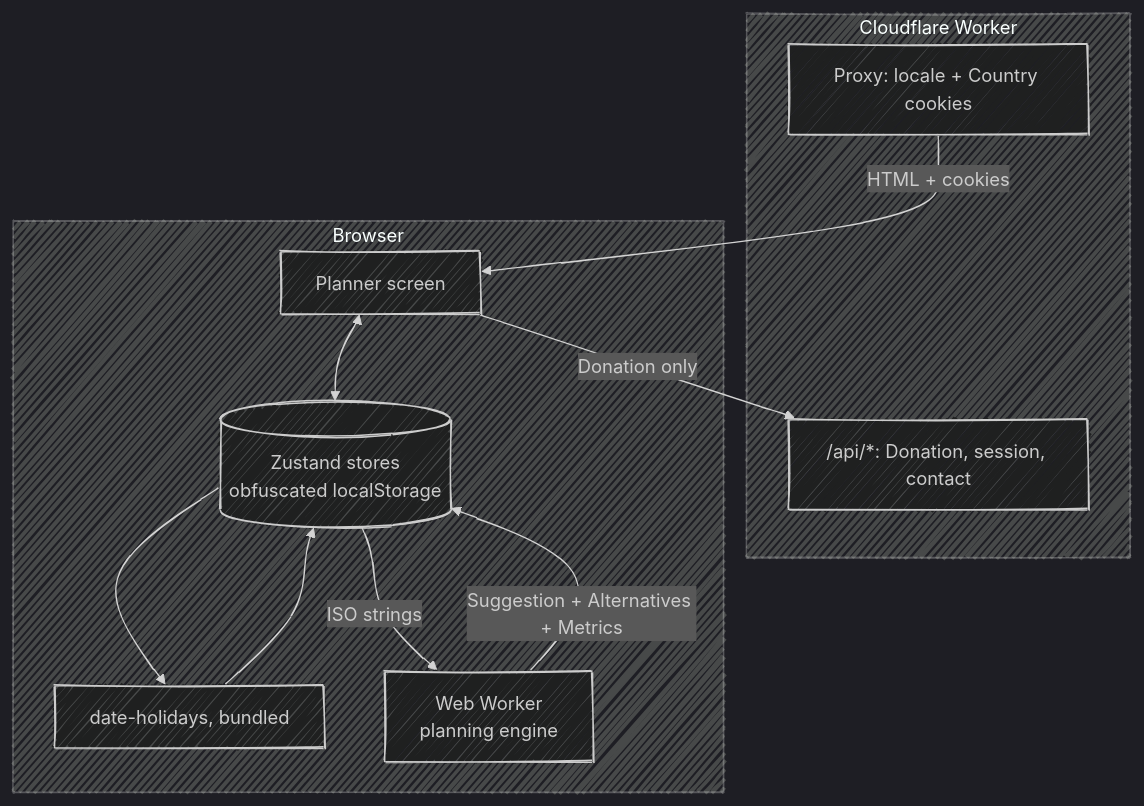
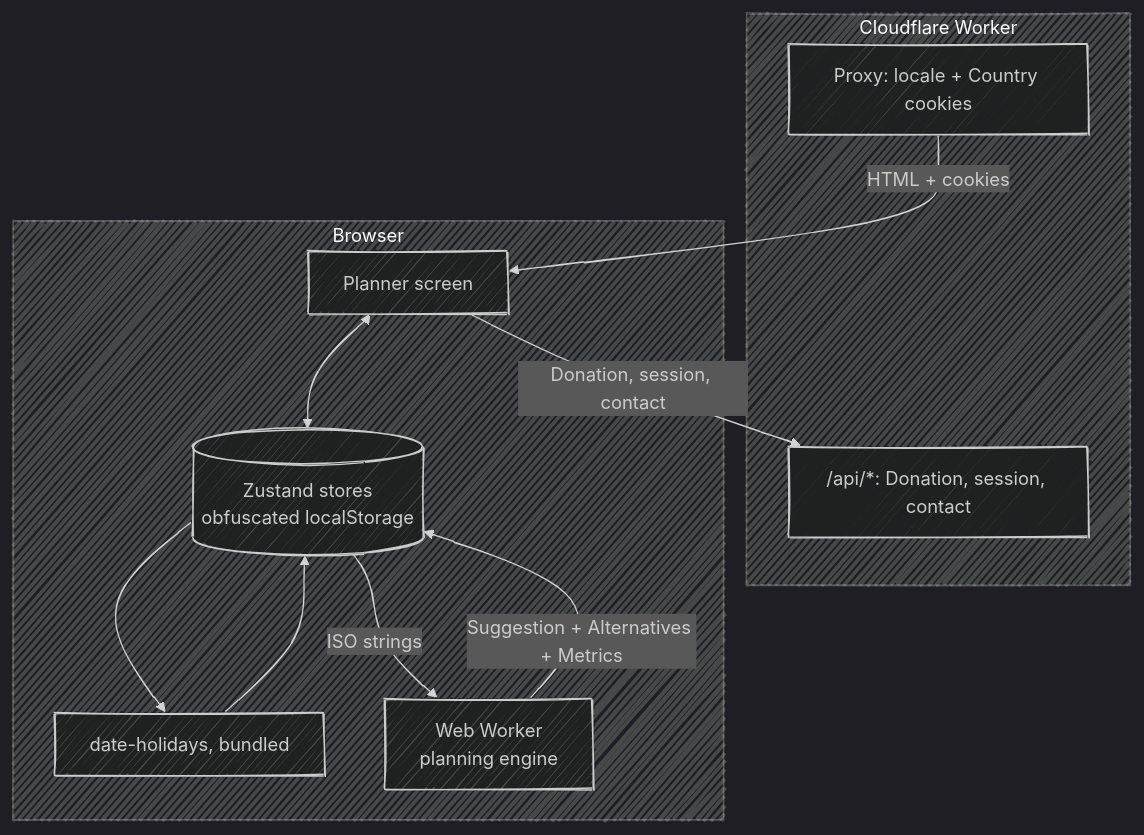
One commit to fbuireu/forever-pto changed the diagram in apps/docs/src/content/docs/index.mdx. Above: the diagram before and after it, drawn with Mermaid (dark theme). The commit also changed 22 other files, not shown here.

````diff
--- a/apps/docs/src/content/docs/index.mdx
+++ b/apps/docs/src/content/docs/index.mdx
@@ -27,23 +27,23 @@
 ```mermaid
 ---
 config:
   look: handDrawn
   layout: dagre
 ---
 flowchart TB
   subgraph edge [Cloudflare Worker]
     PX[Proxy: locale + Country cookies]
     API["/api/*: Donation, session, contact"]
   end
   subgraph browser [Browser]
     ST[(Zustand stores<br/>obfuscated localStorage)]
     HOL[date-holidays, bundled]
     UI[Planner screen]
     WK[Web Worker<br/>planning engine]
   end
   PX -->|HTML + cookies| UI
   UI <--> ST
   ST --> HOL --> ST
   ST -->|ISO strings| WK -->|Suggestion + Alternatives + Metrics| ST
-  UI -->|Donation only| API
+  UI -->|Donation, session, contact| API
 ```
````
